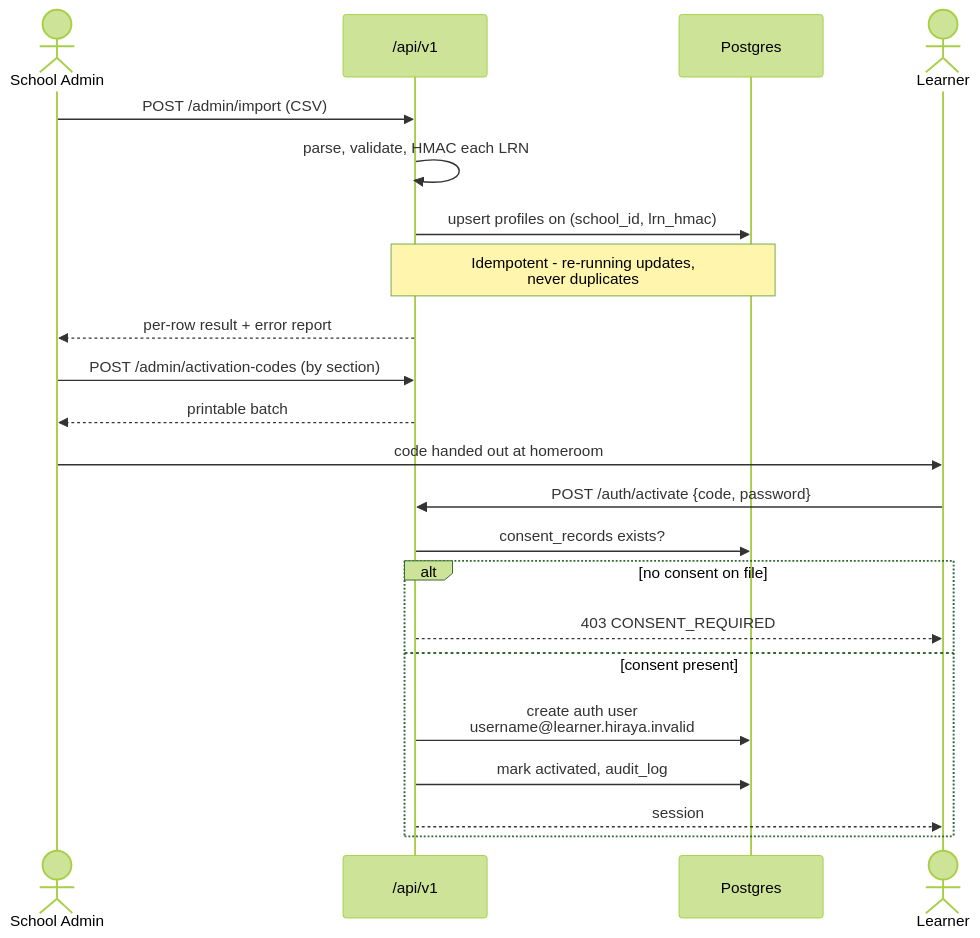
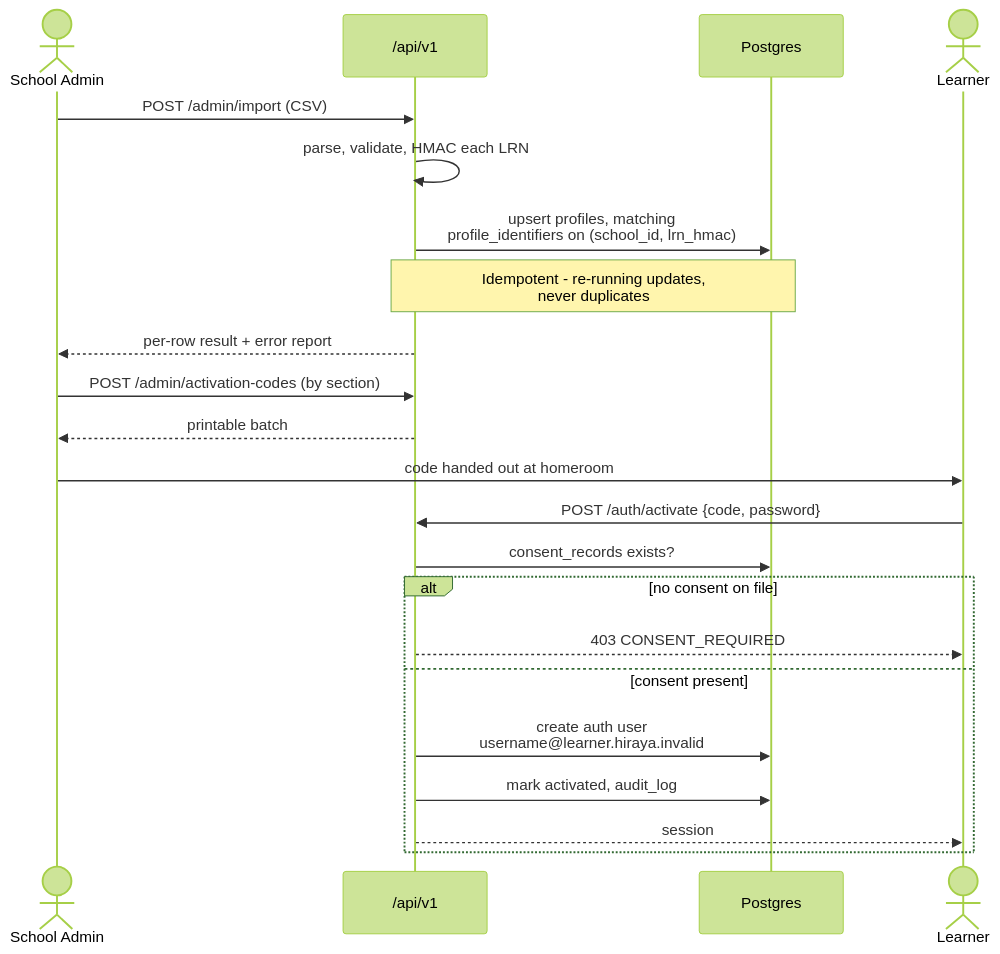
The fourth of 5 diagrams in docs/SYSTEM_DESIGN.md (jash-aeio/Hiraya), drawn with Mermaid (forest theme) before and after one commit. The commit also changed other lines of this file and 5 other files, not shown here.

First line of the commit message:
docs: checkpoint - Phase 0 week 1, schema and RLS landed

````diff
--- a/docs/SYSTEM_DESIGN.md
+++ b/docs/SYSTEM_DESIGN.md
@@ -171,25 +171,25 @@
 ```mermaid
 sequenceDiagram
   actor SA as School Admin
   participant API as /api/v1
   participant DB as Postgres
   actor L as Learner
 
   SA->>API: POST /admin/import (CSV)
   API->>API: parse, validate, HMAC each LRN
-  API->>DB: upsert profiles on (school_id, lrn_hmac)
+  API->>DB: upsert profiles, matching<br/>profile_identifiers on (school_id, lrn_hmac)
   Note over API,DB: Idempotent - re-running updates,<br/>never duplicates
   API-->>SA: per-row result + error report
   SA->>API: POST /admin/activation-codes (by section)
   API-->>SA: printable batch
   SA->>L: code handed out at homeroom
   L->>API: POST /auth/activate {code, password}
   API->>DB: consent_records exists?
   alt no consent on file
     API-->>L: 403 CONSENT_REQUIRED
   else consent present
     API->>DB: create auth user<br/>username@learner.hiraya.invalid
     API->>DB: mark activated, audit_log
     API-->>L: session
   end
 ```
````
